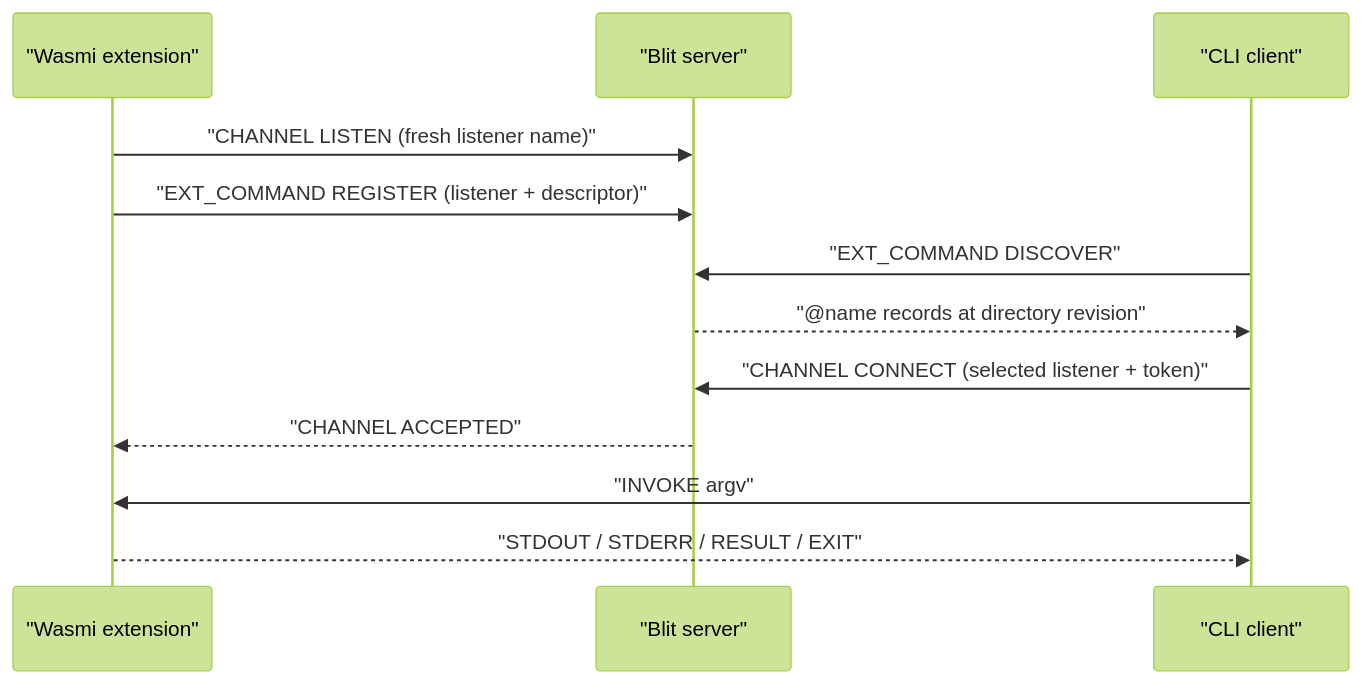
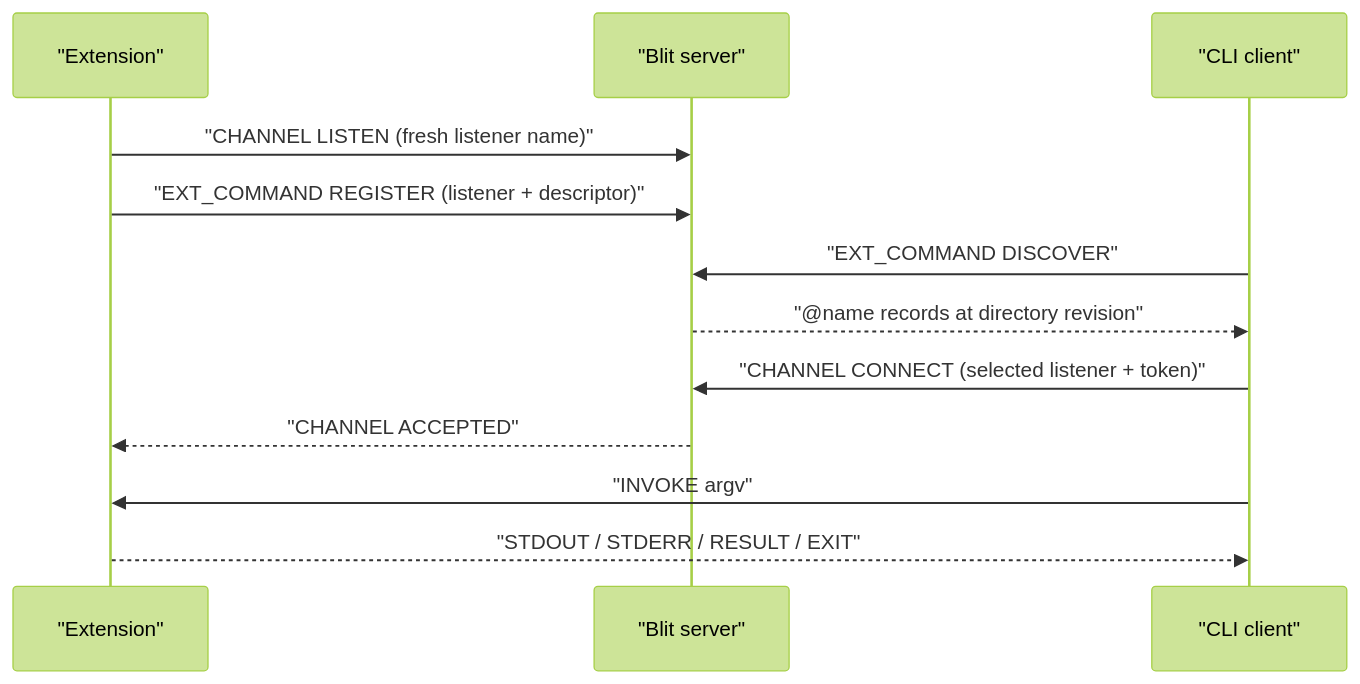
One commit to indent-com/blit changed the second of 2 diagrams in docs/design/extensions.md. Above: the diagram before and after it, drawn with Mermaid (forest theme). The commit also changed other lines of this file and 32 other files, not shown here.

````diff
--- a/docs/design/extensions.md
+++ b/docs/design/extensions.md
@@ -1947,14 +2000,14 @@
 ```mermaid
 sequenceDiagram
-    participant E as "Wasmi extension"
+    participant E as "Extension"
     participant S as "Blit server"
     participant C as "CLI client"
     E->>S: "CHANNEL LISTEN (fresh listener name)"
     E->>S: "EXT_COMMAND REGISTER (listener + descriptor)"
     C->>S: "EXT_COMMAND DISCOVER"
     S-->>C: "@name records at directory revision"
     C->>S: "CHANNEL CONNECT (selected listener + token)"
     S-->>E: "CHANNEL ACCEPTED"
     C->>E: "INVOKE argv"
     E-->>C: "STDOUT / STDERR / RESULT / EXIT"
 ```
````
